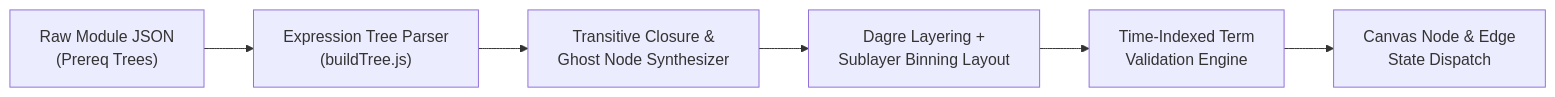
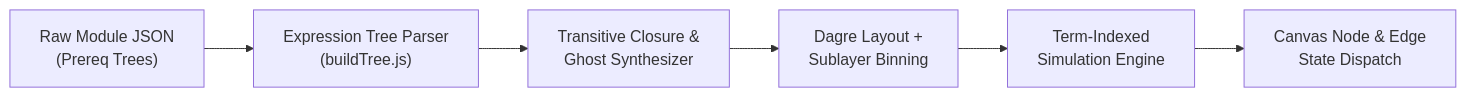
The second of 4 diagrams in README.md (Raaghulk04/NusTree), drawn with Mermaid before and after one commit. The commit also changed other lines of this file, not shown here.

````diff
--- a/README.md
+++ b/README.md
@@ -90,8 +91,8 @@
 ```mermaid
 flowchart LR
     A["Raw Module JSON<br/>(Prereq Trees)"] --> B["Expression Tree Parser<br/>(buildTree.js)"]
-    B --> C["Transitive Closure &<br/>Ghost Node Synthesizer"]
-    C --> D["Dagre Layering +<br/>Sublayer Binning Layout"]
-    D --> E["Time-Indexed Term<br/>Validation Engine"]
+    B --> C["Transitive Closure &<br/>Ghost Synthesizer"]
+    C --> D["Dagre Layout +<br/>Sublayer Binning"]
+    D --> E["Term-Indexed<br/>Simulation Engine"]
     E --> F["Canvas Node & Edge<br/>State Dispatch"]
 ```
````
